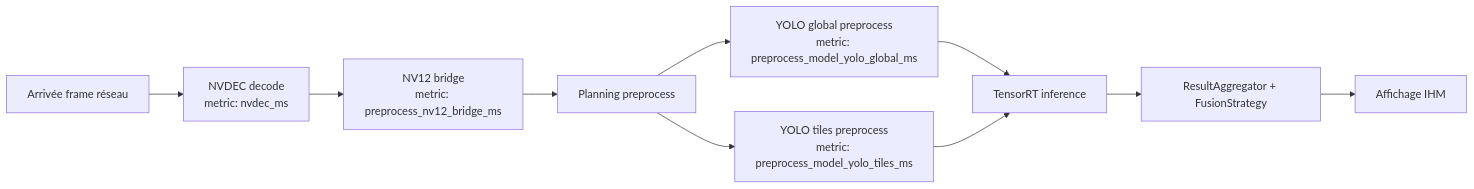
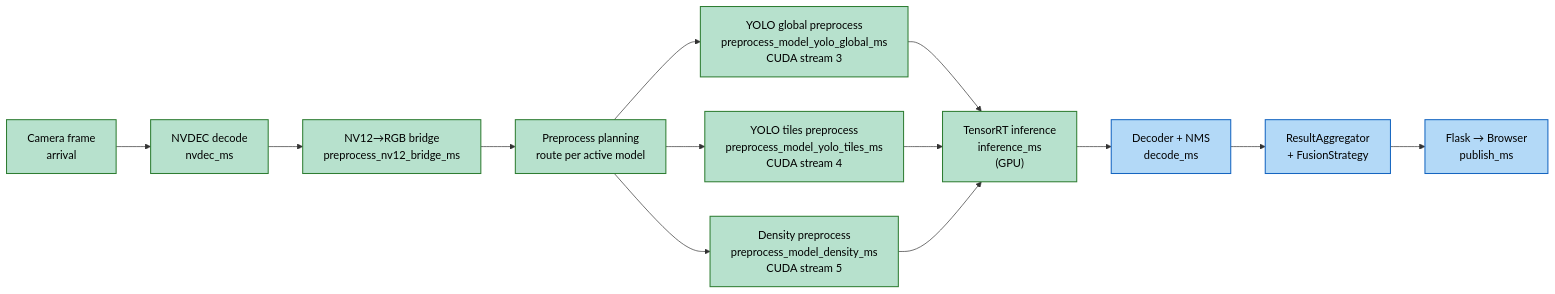
The first of 3 diagrams in app_v2/docs/README_PERFORMANCE_ANALYSIS.md (Nutz95/PeopleCounter), drawn with Mermaid before and after one commit. The commit also changed other lines of this file and 10 other files, not shown here.

````diff
--- a/app_v2/docs/README_PERFORMANCE_ANALYSIS.md
+++ b/app_v2/docs/README_PERFORMANCE_ANALYSIS.md
@@ -11,12 +17,23 @@
 ```mermaid
 flowchart LR
-    NetIn["Arrivée frame réseau"] --> Nvdec["NVDEC decode<br/>metric: nvdec_ms"]
-    Nvdec --> Bridge["NV12 bridge<br/>metric: preprocess_nv12_bridge_ms"]
-    Bridge --> Plan["Planning preprocess"]
-    Plan --> G["YOLO global preprocess<br/>metric: preprocess_model_yolo_global_ms"]
-    Plan --> T["YOLO tiles preprocess<br/>metric: preprocess_model_yolo_tiles_ms"]
-    G --> Inf["TensorRT inference"]
-    T --> Inf
-    Inf --> Agg["ResultAggregator + FusionStrategy"]
-    Agg --> UI["Affichage IHM"]
+    NetIn["Camera frame<br/>arrival"]:::gpu
+    Nvdec["NVDEC decode<br/>nvdec_ms"]:::gpu
+    Bridge["NV12→RGB bridge<br/>preprocess_nv12_bridge_ms"]:::gpu
+    Plan["Preprocess planning<br/>route per active model"]:::gpu
+    G["YOLO global preprocess<br/>preprocess_model_yolo_global_ms<br/>CUDA stream 3"]:::gpu
+    T["YOLO tiles preprocess<br/>preprocess_model_yolo_tiles_ms<br/>CUDA stream 4"]:::gpu
+    D["Density preprocess<br/>preprocess_model_density_ms<br/>CUDA stream 5"]:::gpu
+    Inf["TensorRT inference<br/>inference_ms<br/>(GPU)"]:::gpu
+    Dec["Decoder + NMS<br/>decode_ms"]:::cpu
+    Agg["ResultAggregator<br/>+ FusionStrategy"]:::cpu
+    UI["Flask → Browser<br/>publish_ms"]:::cpu
+
+    NetIn --> Nvdec --> Bridge --> Plan
+    Plan --> G --> Inf
+    Plan --> T --> Inf
+    Plan --> D --> Inf
+    Inf --> Dec --> Agg --> UI
+
+    classDef gpu fill:#b7e1cd,color:#000,stroke:#2e7d32,stroke-width:1.5px;
+    classDef cpu fill:#b3d9f7,color:#000,stroke:#1565c0,stroke-width:1.5px;
 ```
````
